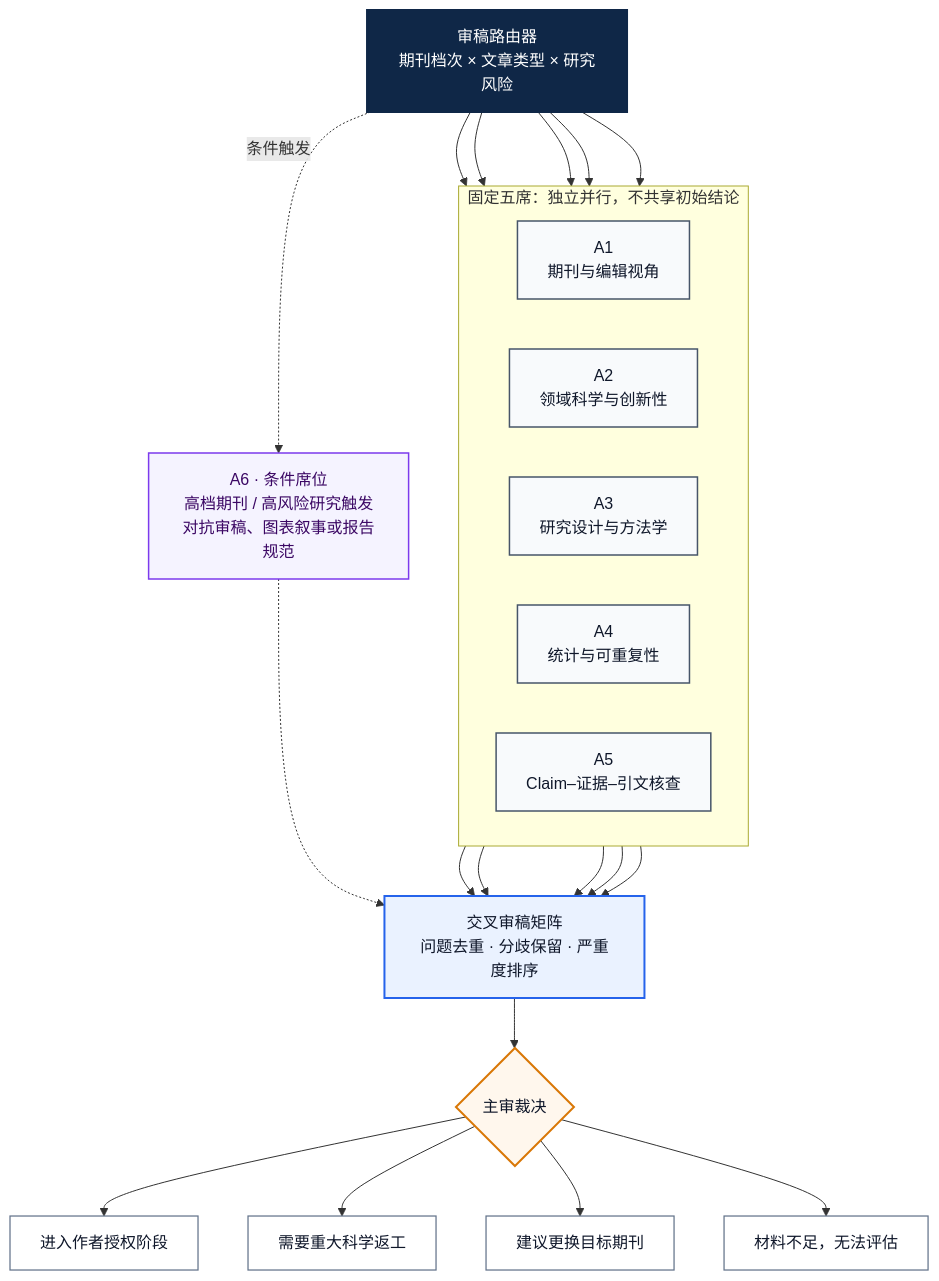
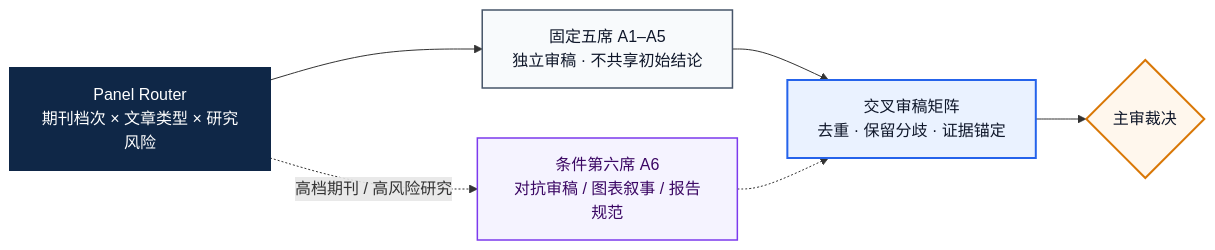
One commit to Jameslxr/manuscript-review-revision-skill changed the second of 2 diagrams in README.md. Above: the diagram before and after it, drawn with Mermaid. The commit also changed other lines of this file, not shown here.

Commit message:
Simplify Mermaid architecture layout

````diff
--- a/README.md
+++ b/README.md
@@ -63,45 +69,24 @@
 ```mermaid
-flowchart TB
-    ROUTER["审稿路由器<br/>期刊档次 × 文章类型 × 研究风险"]
+flowchart LR
+    ROUTER["Panel Router<br/>期刊档次 × 文章类型 × 研究风险"]
+    CORE["固定五席 A1–A5<br/>独立审稿 · 不共享初始结论"]
+    A6["条件第六席 A6<br/>对抗审稿 / 图表叙事 / 报告规范"]
+    MATRIX["交叉审稿矩阵<br/>去重 · 保留分歧 · 证据锚定"]
+    VERDICT{"主审裁决"}
 
-    subgraph PANEL["固定五席：独立并行，不共享初始结论"]
-        direction LR
-        A1["A1<br/>期刊与编辑视角"]
-        A2["A2<br/>领域科学与创新性"]
-        A3["A3<br/>研究设计与方法学"]
-        A4["A4<br/>统计与可重复性"]
-        A5["A5<br/>Claim–证据–引文核查"]
-    end
-
-    A6["A6 · 条件席位<br/>高档期刊 / 高风险研究触发<br/>对抗审稿、图表叙事或报告规范"]
-    MATRIX["交叉审稿矩阵<br/>问题去重 · 分歧保留 · 严重度排序"]
-    VERDICT{"主审裁决"}
-    V1["进入作者授权阶段"]
-    V2["需要重大科学返工"]
-    V3["建议更换目标期刊"]
-    V4["材料不足，无法评估"]
-
-    ROUTER --> A1 & A2 & A3 & A4 & A5
-    ROUTER -. "条件触发" .-> A6
-    A1 & A2 & A3 & A4 & A5 --> MATRIX
+    ROUTER --> CORE --> MATRIX --> VERDICT
+    ROUTER -. "高档期刊 / 高风险研究" .-> A6
     A6 -.-> MATRIX
-    MATRIX --> VERDICT
-    VERDICT --> V1
-    VERDICT --> V2
-    VERDICT --> V3
-    VERDICT --> V4
 
     classDef router fill:#0F2747,stroke:#0F2747,stroke-width:2px,color:#FFFFFF;
     classDef agent fill:#F8FAFC,stroke:#475569,stroke-width:1.5px,color:#0F172A;
     classDef conditional fill:#F5F3FF,stroke:#7C3AED,stroke-width:1.5px,color:#3B0764;
     classDef synthesis fill:#EAF2FF,stroke:#2563EB,stroke-width:2px,color:#0F172A;
     classDef gate fill:#FFF7ED,stroke:#D97706,stroke-width:2px,color:#0F172A;
-    classDef outcome fill:#FFFFFF,stroke:#64748B,stroke-width:1.25px,color:#0F172A;
 
     class ROUTER router;
-    class A1,A2,A3,A4,A5 agent;
+    class CORE agent;
     class A6 conditional;
     class MATRIX synthesis;
     class VERDICT gate;
-    class V1,V2,V3,V4 outcome;
 ```
````
